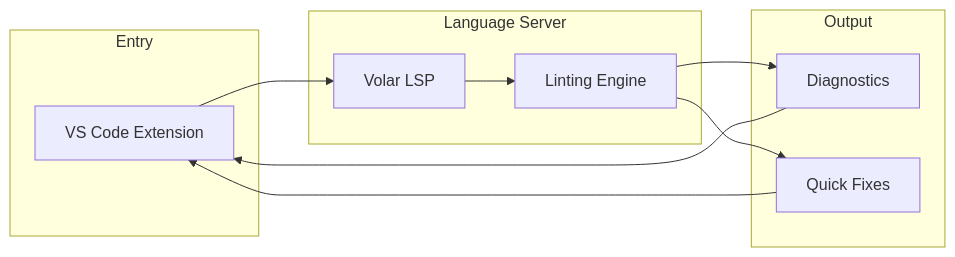
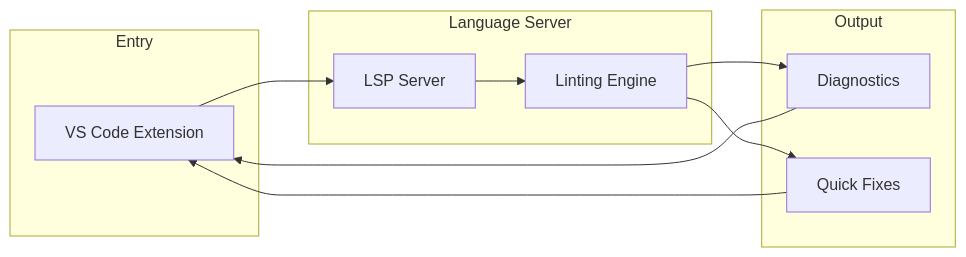
One commit to sailpoint-oss/telescope changed the diagram in README.md. Above: the diagram before and after it, drawn with Mermaid. The commit also changed other lines of this file and 24 other files, not shown here.

````diff
--- a/README.md
+++ b/README.md
@@ -106,19 +106,19 @@
 ```mermaid
 flowchart LR
     subgraph Entry["Entry"]
         Client[VS Code Extension]
     end
 
     subgraph Server["Language Server"]
-        LSP[Volar LSP]
+        LSP[LSP Server]
         Engine[Linting Engine]
     end
 
     subgraph Output["Output"]
         Diag[Diagnostics]
         Fixes[Quick Fixes]
     end
 
     Client --> LSP --> Engine --> Diag --> Client
     Engine --> Fixes --> Client
 ```
````
